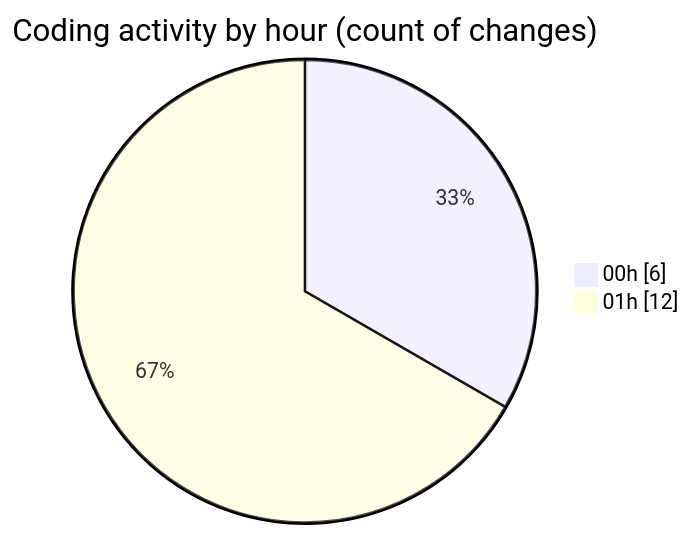
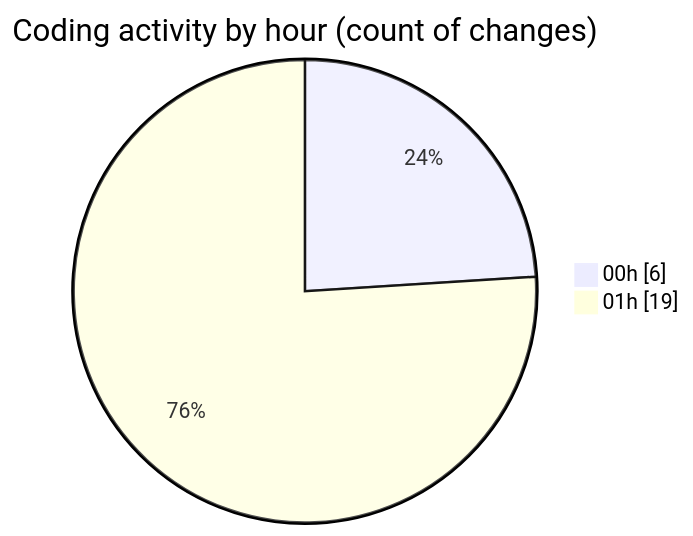
The second of 2 diagrams in 2025-06-22/archive/README.md (JenPaints/code-tracking), drawn with Mermaid before and after one commit. The commit also changed other lines of this file and 1 other file, not shown here.

````diff
--- a/2025-06-22/archive/README.md
+++ b/2025-06-22/archive/README.md
@@ -33,6 +34,6 @@
 ```mermaid
 pie showData
 title Coding activity by hour (count of changes)
 "00h" : 6
-"01h" : 12
+"01h" : 19
 ```
````
